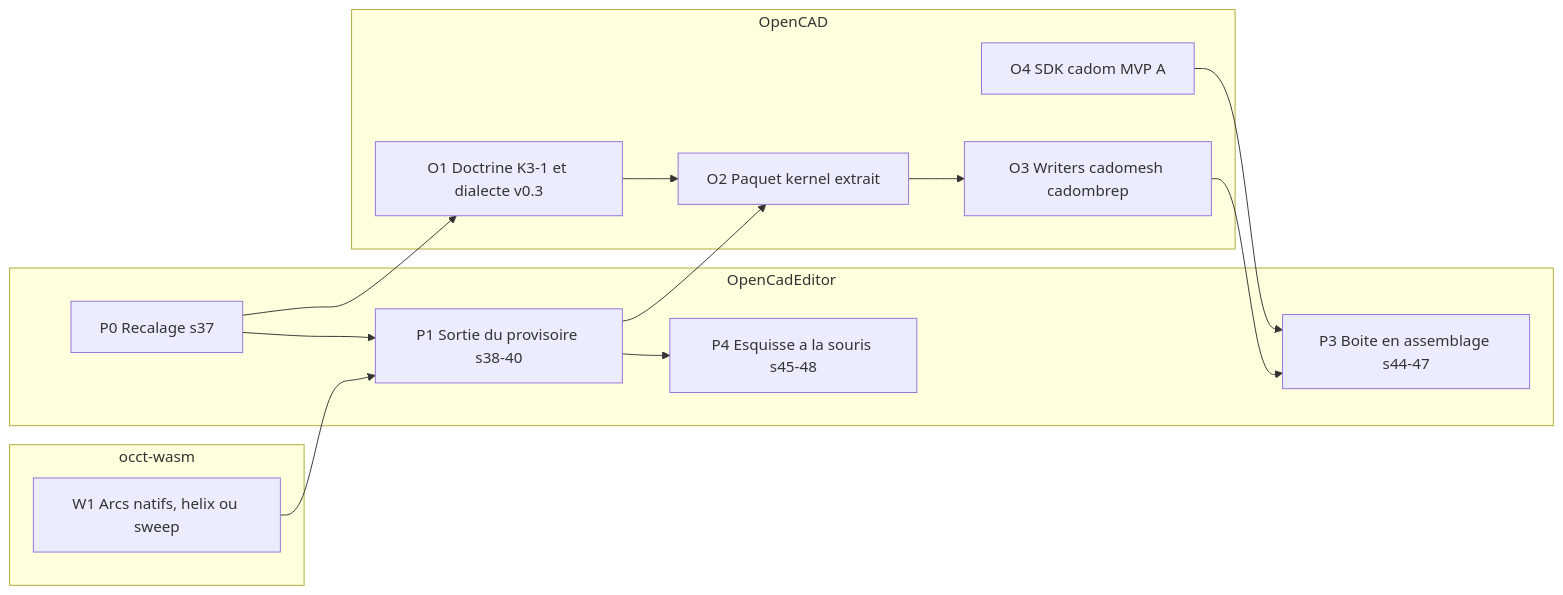
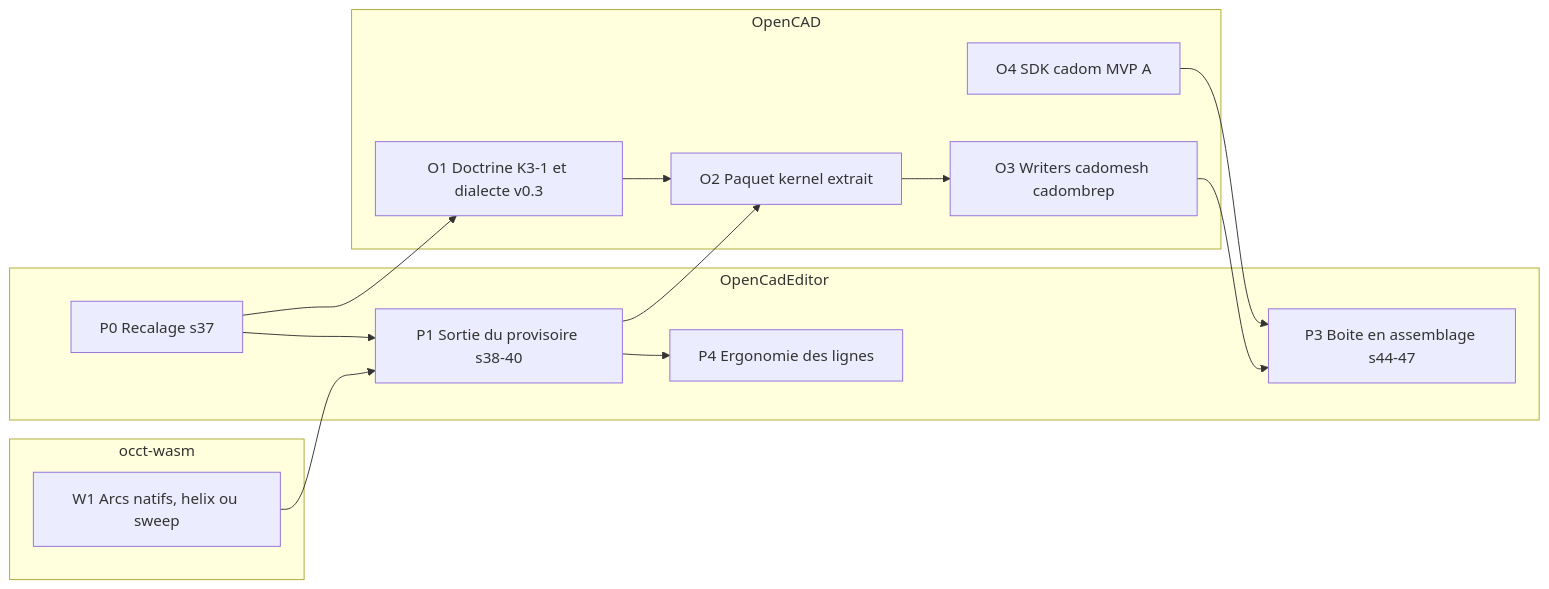
The diagram in documentation/suivi/feuille-de-route.md (naanouff/OpenCadEditor), drawn with Mermaid before and after one commit. The commit also changed other lines of this file and 17 other files, not shown here.

````diff
--- a/documentation/suivi/feuille-de-route.md
+++ b/documentation/suivi/feuille-de-route.md
@@ -27,27 +28,27 @@
 ```mermaid
 flowchart LR
   subgraph editeur [OpenCadEditor]
     P0[P0 Recalage s37]
     P1[P1 Sortie du provisoire s38-40]
     P3[P3 Boite en assemblage s44-47]
-    P4[P4 Esquisse a la souris s45-48]
+    P4[P4 Ergonomie des lignes]
   end
   subgraph opencad [OpenCAD]
     O1[O1 Doctrine K3-1 et dialecte v0.3]
     O2[O2 Paquet kernel extrait]
     O3[O3 Writers cadomesh cadombrep]
     O4[O4 SDK cadom MVP A]
   end
   subgraph occt [occt-wasm]
     W1[W1 Arcs natifs, helix ou sweep]
   end
   P0 --> P1
   P0 --> O1
   O1 --> O2
   P1 --> O2
   W1 --> P1
   O2 --> O3
   O4 --> P3
   O3 --> P3
   P1 --> P4
 ```
````
